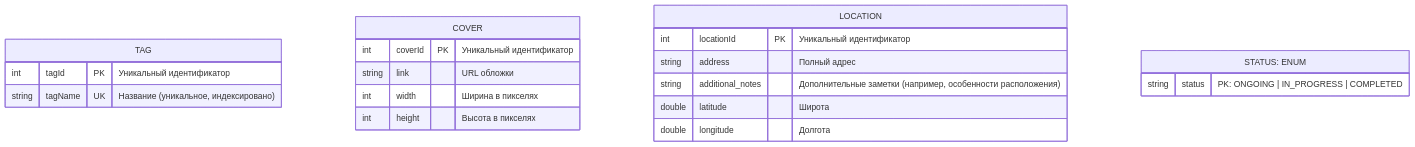
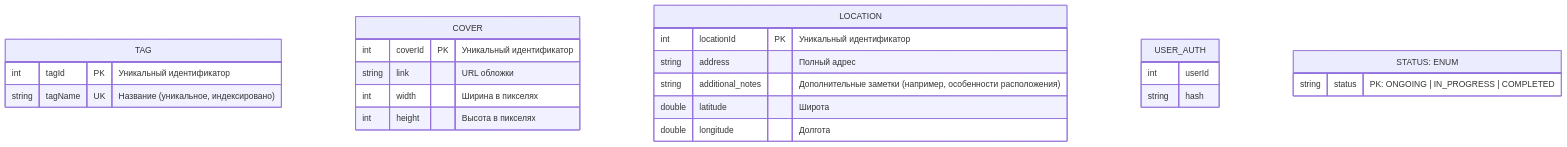
One commit to ADT-VOLUNTEERS-CASE/.github changed the second of 3 diagrams in documentation/architecture/erd.md. Above: the diagram before and after it, drawn with Mermaid. The commit also changed other lines of this file, not shown here.

Commit message:
docs(erd.md) define passwords hash table Minor tweaks

````diff
--- a/documentation/architecture/erd.md
+++ b/documentation/architecture/erd.md
@@ -71,26 +71,31 @@
 ```mermaid
 erDiagram
     TAG {
         int tagId PK "Уникальный идентификатор"
         string tagName UK "Название (уникальное, индексировано)"
     }
 
     COVER {
         int coverId PK "Уникальный идентификатор"
         string link "URL обложки"
         int width "Ширина в пикселях"
         int height "Высота в пикселях"
     }
 
     LOCATION {
         int locationId PK "Уникальный идентификатор"
         string address "Полный адрес"
         string additional_notes "Дополнительные заметки (например, особенности расположения)"
         double latitude "Широта"
         double longitude "Долгота"
     }
+    
+    USER_AUTH {
+        int userId
+        string hash
+    }
 
     STATUS["STATUS: ENUM"] {
         string status "PK: ONGOING | IN_PROGRESS | COMPLETED"
     }
 ```
````
